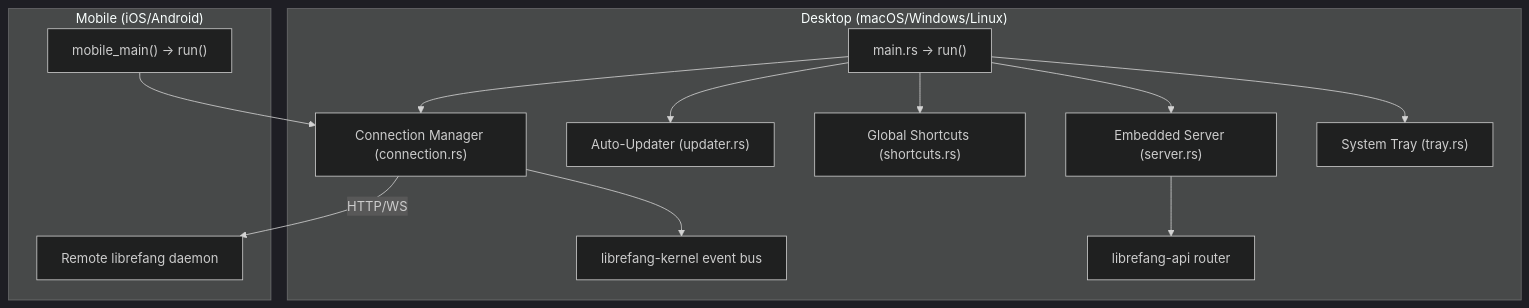
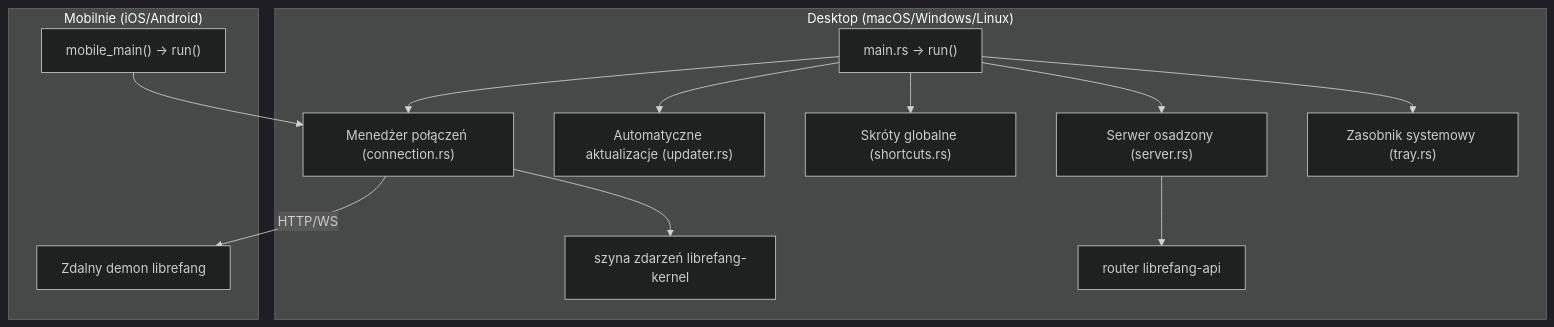
Before and after one commit to leszek3737/librefang-WIki: the diagram in crates-librefang-desktop.md, drawn with Mermaid (dark theme). The commit also changed other lines of this file and 104 other files, not shown here.

````diff
--- a/crates-librefang-desktop.md
+++ b/crates-librefang-desktop.md
@@ -24,19 +24,19 @@
 ```mermaid
 graph TD
     subgraph Desktop["Desktop (macOS/Windows/Linux)"]
         Main["main.rs → run()"]
-        Main --> Tray["System Tray (tray.rs)"]
-        Main --> Server["Embedded Server (server.rs)"]
-        Main --> Shortcuts["Global Shortcuts (shortcuts.rs)"]
-        Main --> Updater["Auto-Updater (updater.rs)"]
-        Main --> Conn["Connection Manager (connection.rs)"]
-        Server --> API["librefang-api router"]
-        Conn --> Kernel["librefang-kernel event bus"]
+        Main --> Tray["Zasobnik systemowy (tray.rs)"]
+        Main --> Server["Serwer osadzony (server.rs)"]
+        Main --> Shortcuts["Skróty globalne (shortcuts.rs)"]
+        Main --> Updater["Automatyczne aktualizacje (updater.rs)"]
+        Main --> Conn["Menedżer połączeń (connection.rs)"]
+        Server --> API["router librefang-api"]
+        Conn --> Kernel["szyna zdarzeń librefang-kernel"]
     end
 
-    subgraph Mobile["Mobile (iOS/Android)"]
+    subgraph Mobile["Mobilnie (iOS/Android)"]
         MobileMain["mobile_main() → run()"]
         MobileMain --> Conn
-        Conn -->|HTTP/WS| RemoteDaemon["Remote librefang daemon"]
+        Conn -->|HTTP/WS| RemoteDaemon["Zdalny demon librefang"]
     end
 ```
````
